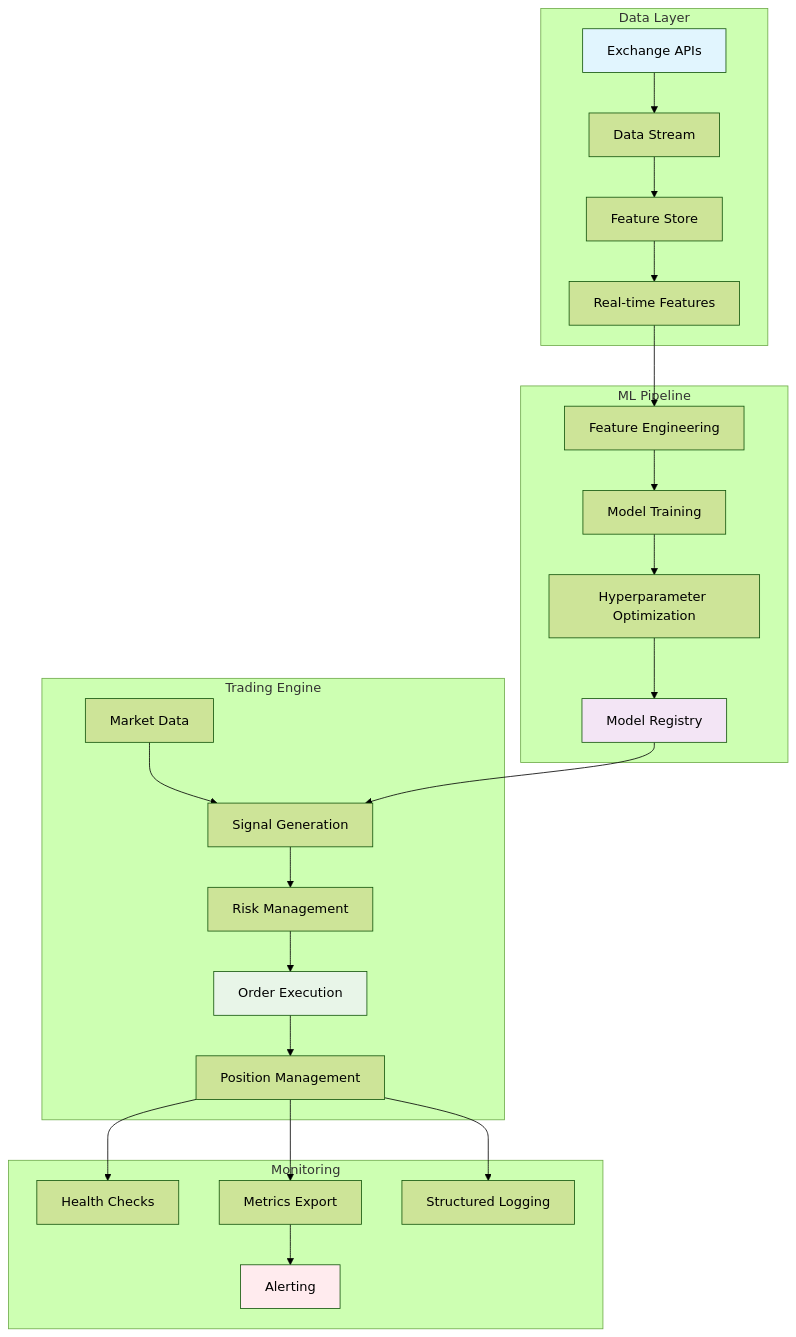
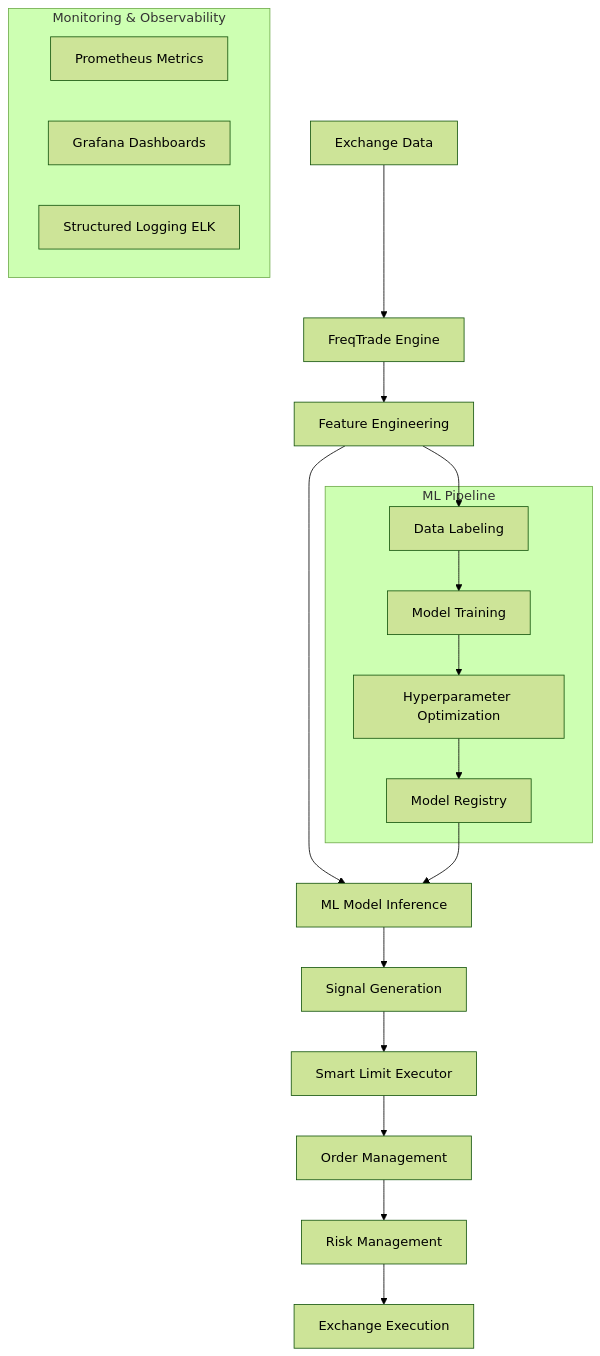
The diagram in README.md (kandibobe/mft-algotrade-bot), drawn with Mermaid (forest theme) before and after one commit. The commit also changed other lines of this file and 5 other files, not shown here.

````diff
--- a/README.md
+++ b/README.md
@@ -55,40 +34,30 @@
 ```mermaid
 graph TB
-    subgraph "Data Layer"
-        A[Exchange APIs] --> B[Data Stream]
-        B --> C[Feature Store]
-        C --> D[Real-time Features]
+    A[Exchange Data] --> B[FreqTrade Engine]
+    B --> C[Feature Engineering]
+    C --> D[ML Model Inference]
+    D --> E[Signal Generation]
+    E --> F[Smart Limit Executor]
+    F --> G[Order Management]
+    G --> H[Risk Management]
+    H --> I[Exchange Execution]
+    
+    subgraph "Monitoring & Observability"
+        J[Prometheus Metrics]
+        K[Grafana Dashboards]
+        L[Structured Logging ELK]
     end
     
     subgraph "ML Pipeline"
-        D --> E[Feature Engineering]
-        E --> F[Model Training]
-        F --> G[Hyperparameter Optimization]
-        G --> H[Model Registry]
+        M[Data Labeling]
+        N[Model Training]
+        O[Hyperparameter Optimization]
+        P[Model Registry]
     end
     
-    subgraph "Trading Engine"
-        I[Market Data] --> J[Signal Generation]
-        H --> J
-        J --> K[Risk Management]
-        K --> L[Order Execution]
-        L --> M[Position Management]
-    end
-    
-    subgraph "Monitoring"
-        N[Health Checks]
-        O[Metrics Export]
-        P[Structured Logging]
-        Q[Alerting]
-    end
-    
+    C --> M
     M --> N
-    M --> O
-    M --> P
-    O --> Q
-    
-    style A fill:#e1f5fe
-    style H fill:#f3e5f5
-    style L fill:#e8f5e8
-    style Q fill:#ffebee
+    N --> O
+    O --> P
+    P --> D
 ```
````
